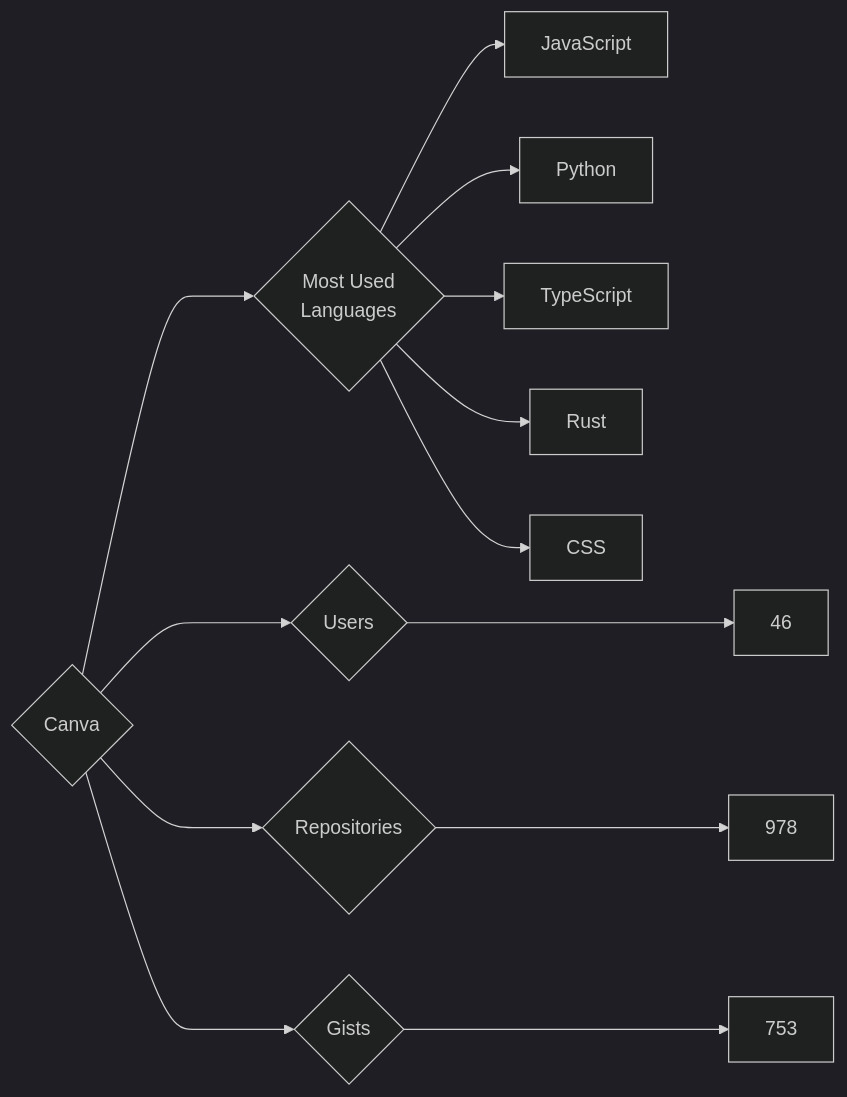
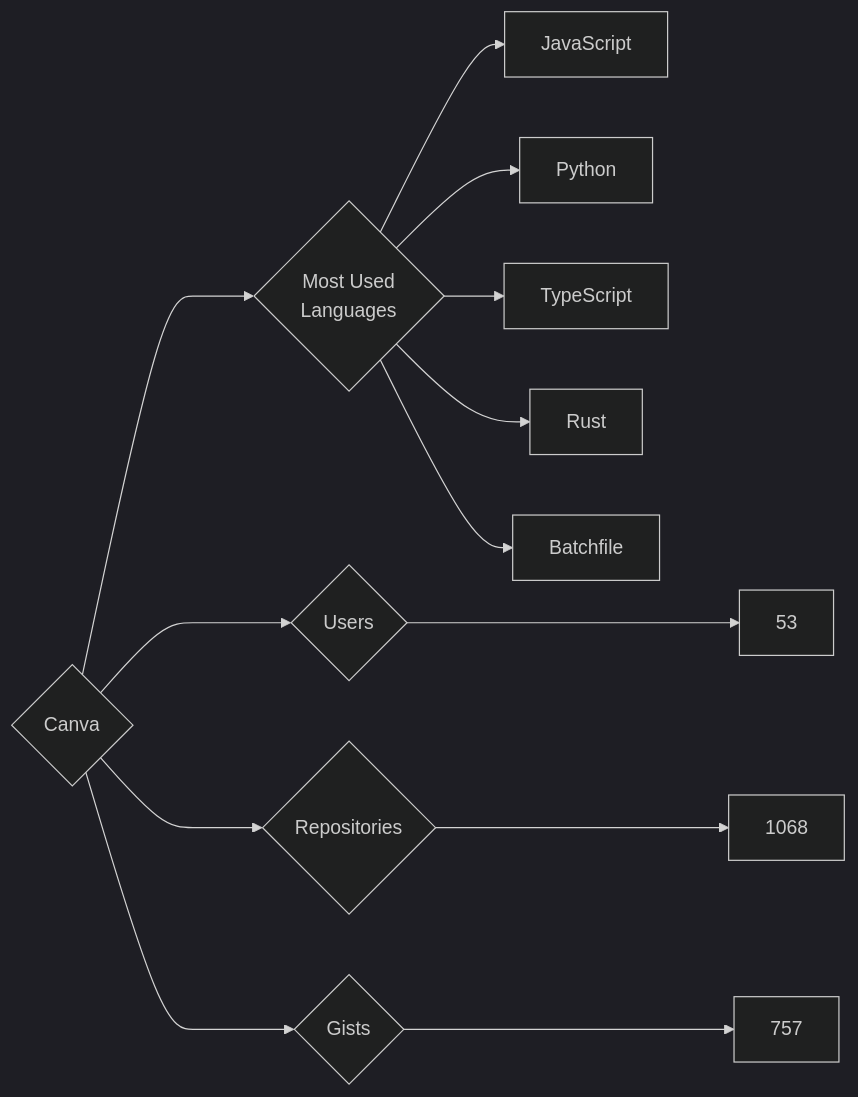
The diagram in targets/Canva/README.md (trickest/insiders), drawn with Mermaid (dark theme) before and after one commit. The commit also changed 944 other files, not shown here.

````diff
--- a/targets/Canva/README.md
+++ b/targets/Canva/README.md
@@ -3,13 +3,13 @@
 ```mermaid
 graph LR
 COMPANY_NAME{Canva}
-COMPANY_NAME ---> U{Users} ---> UN[46]
-COMPANY_NAME ---> R{Repositories} ---> RN[978]
-COMPANY_NAME ---> G{Gists} ---> GN[753]
+COMPANY_NAME ---> U{Users} ---> UN[53]
+COMPANY_NAME ---> R{Repositories} ---> RN[1068]
+COMPANY_NAME ---> G{Gists} ---> GN[757]
 COMPANY_NAME ---> ML{Most Used<br>Languages}
 ML --> JavaScript[JavaScript]
 ML --> Python[Python]
 ML --> TypeScript[TypeScript]
 ML --> Rust[Rust]
-ML --> CSS[CSS]
+ML --> Batchfile[Batchfile]
 ```
````
